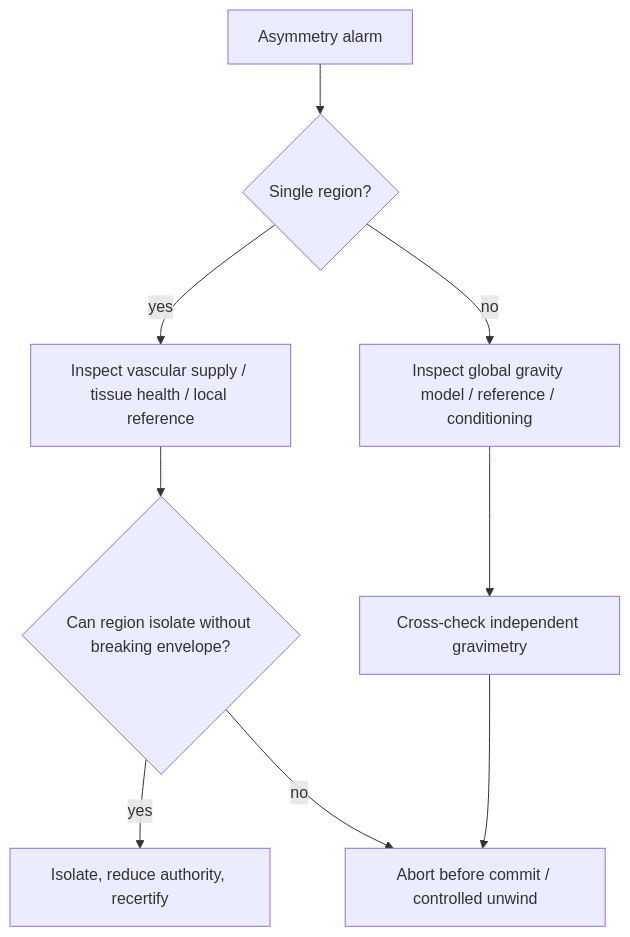
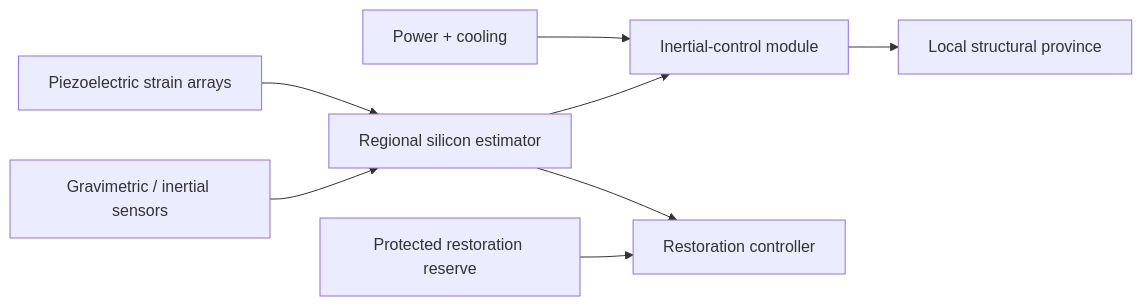
The third of 4 diagrams in docs/blacklight/ARNOCK_FTL_FAMILY_EMBODIMENT_FIELD_MANUAL.md (mrcalzon02/HB-TTRPG-tools), drawn with Mermaid before and after one commit. The commit also changed other lines of this file, not shown here.

````diff
--- a/docs/blacklight/ARNOCK_FTL_FAMILY_EMBODIMENT_FIELD_MANUAL.md
+++ b/docs/blacklight/ARNOCK_FTL_FAMILY_EMBODIMENT_FIELD_MANUAL.md
@@ -175,11 +308,10 @@
 ```mermaid
-flowchart TD
-    A[Asymmetry alarm] --> B{Single region?}
-    B -->|yes| C[Inspect vascular supply / tissue health / local reference]
-    B -->|no| D[Inspect global gravity model / reference / conditioning]
-    C --> E{Can region isolate without breaking envelope?}
-    E -->|yes| F[Isolate, reduce authority, recertify]
-    E -->|no| G[Abort before commit / controlled unwind]
-    D --> H[Cross-check independent gravimetry]
-    H --> G
+flowchart LR
+    A[Gravimetric / inertial sensors] --> B[Regional silicon estimator]
+    C[Piezoelectric strain arrays] --> B
+    B --> D[Inertial-control module]
+    D --> E[Local structural province]
+    F[Power + cooling] --> D
+    G[Protected restoration reserve] --> H[Restoration controller]
+    B --> H
 ```
````
